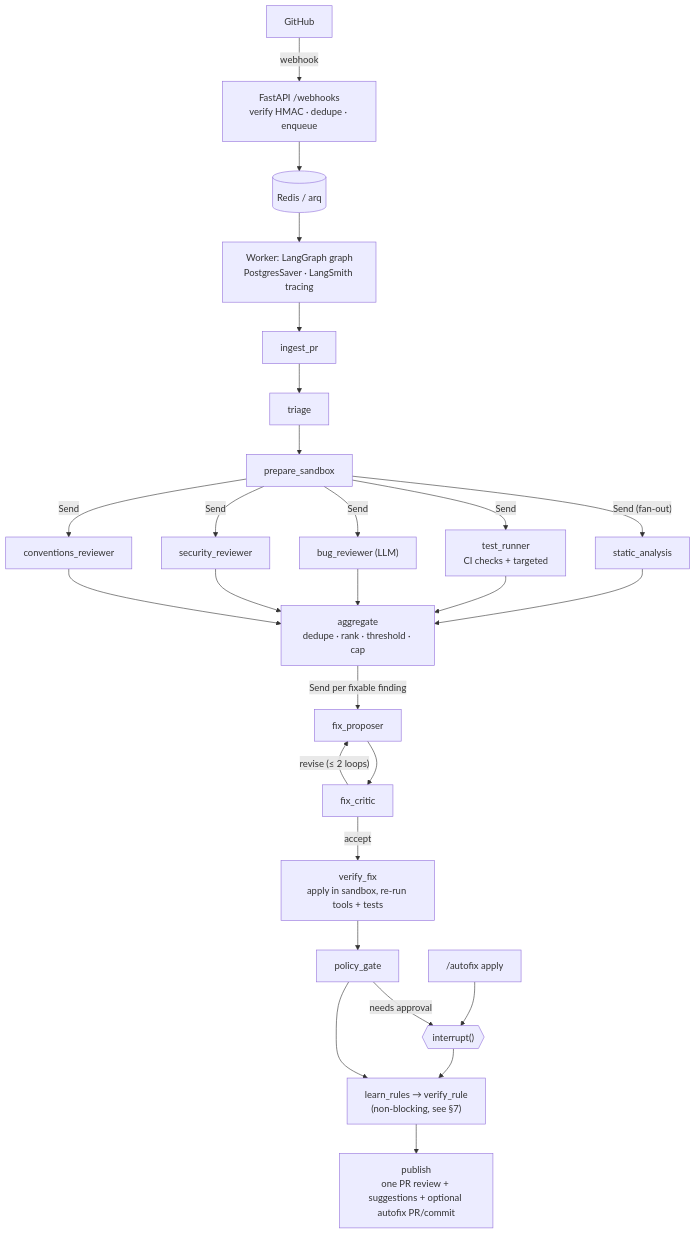
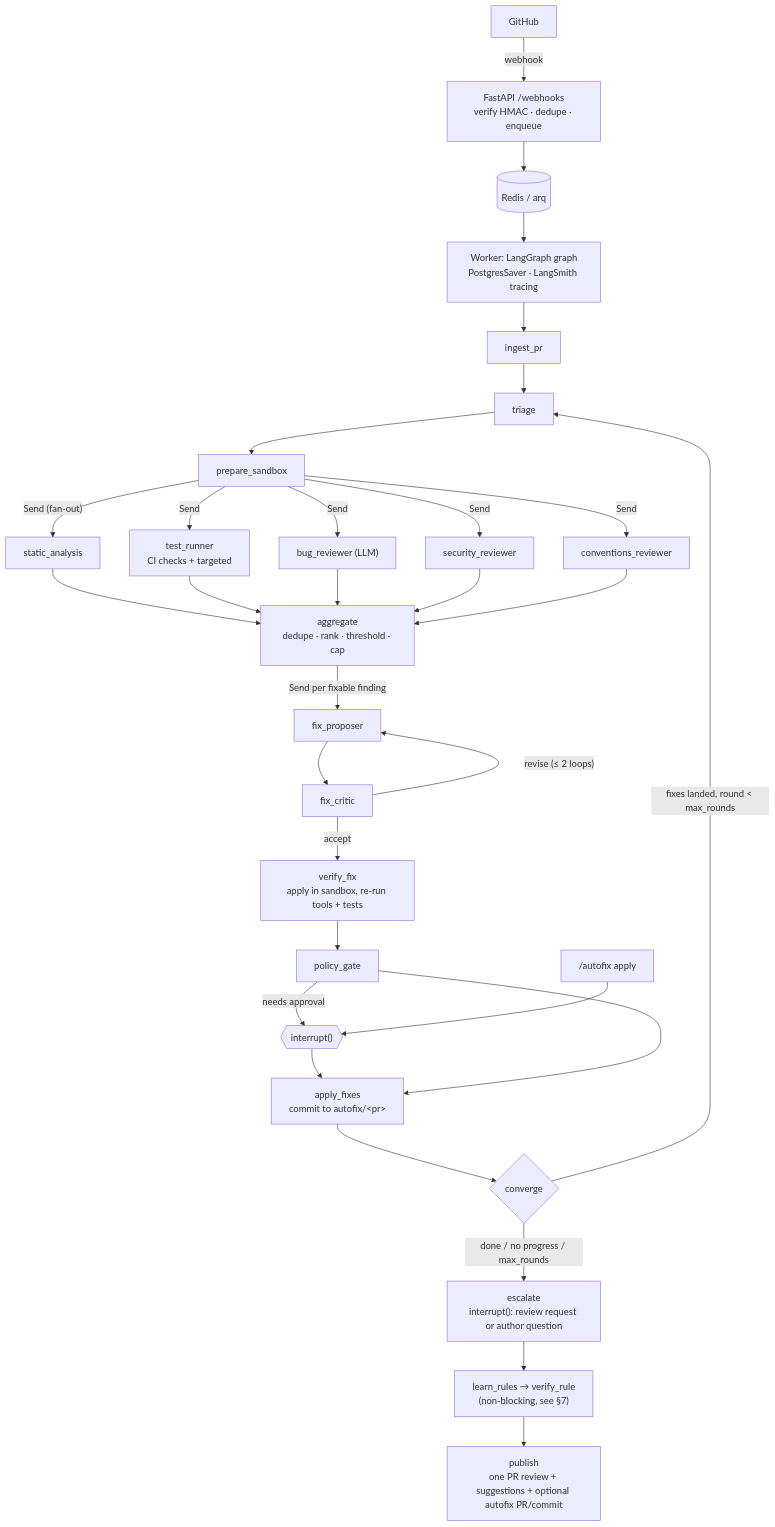
The diagram in docs/DESIGN.md (niroavram/pr-review-agent), drawn with Mermaid before and after one commit. The commit also changed other lines of this file and 1 other file, not shown here.

Commit message:
docs: product goal wording, convergence loop and escalation design

````diff
--- a/docs/DESIGN.md
+++ b/docs/DESIGN.md
@@ -96,23 +101,27 @@
 ```mermaid
 flowchart TD
     GH[GitHub] -- webhook --> API["FastAPI /webhooks<br/>verify HMAC · dedupe · enqueue"]
     API --> Q[(Redis / arq)]
     Q --> W["Worker: LangGraph graph<br/>PostgresSaver · LangSmith tracing"]
     W --> ING[ingest_pr] --> TRI[triage] --> PREP[prepare_sandbox]
     PREP -- "Send (fan-out)" --> SA[static_analysis]
     PREP -- Send --> TR["test_runner<br/>CI checks + targeted"]
     PREP -- Send --> BR["bug_reviewer (LLM)"]
     PREP -- Send --> SR[security_reviewer]
     PREP -- Send --> CR[conventions_reviewer]
     SA & TR & BR & SR & CR --> AGG["aggregate<br/>dedupe · rank · threshold · cap"]
     AGG -- "Send per fixable finding" --> FIX[fix_proposer]
     FIX --> CRIT[fix_critic]
     CRIT -- "revise (≤ 2 loops)" --> FIX
     CRIT -- accept --> VER["verify_fix<br/>apply in sandbox, re-run tools + tests"]
     VER --> GATE[policy_gate]
     GATE -- needs approval --> INT{{"interrupt()"}}
     CMD["/autofix apply"] --> INT
-    INT --> LEARN["learn_rules → verify_rule<br/>(non-blocking, see §7)"]
-    GATE --> LEARN
+    INT --> APPLY["apply_fixes<br/>commit to autofix/&lt;pr&gt;"]
+    GATE --> APPLY
+    APPLY --> CONV{"converge"}
+    CONV -- "fixes landed, round < max_rounds" --> TRI
+    CONV -- "done / no progress / max_rounds" --> ESC["escalate<br/>interrupt(): review request or author question"]
+    ESC --> LEARN["learn_rules → verify_rule<br/>(non-blocking, see §7)"]
     LEARN --> PUB["publish<br/>one PR review + suggestions + optional autofix PR/commit"]
 ```
````
